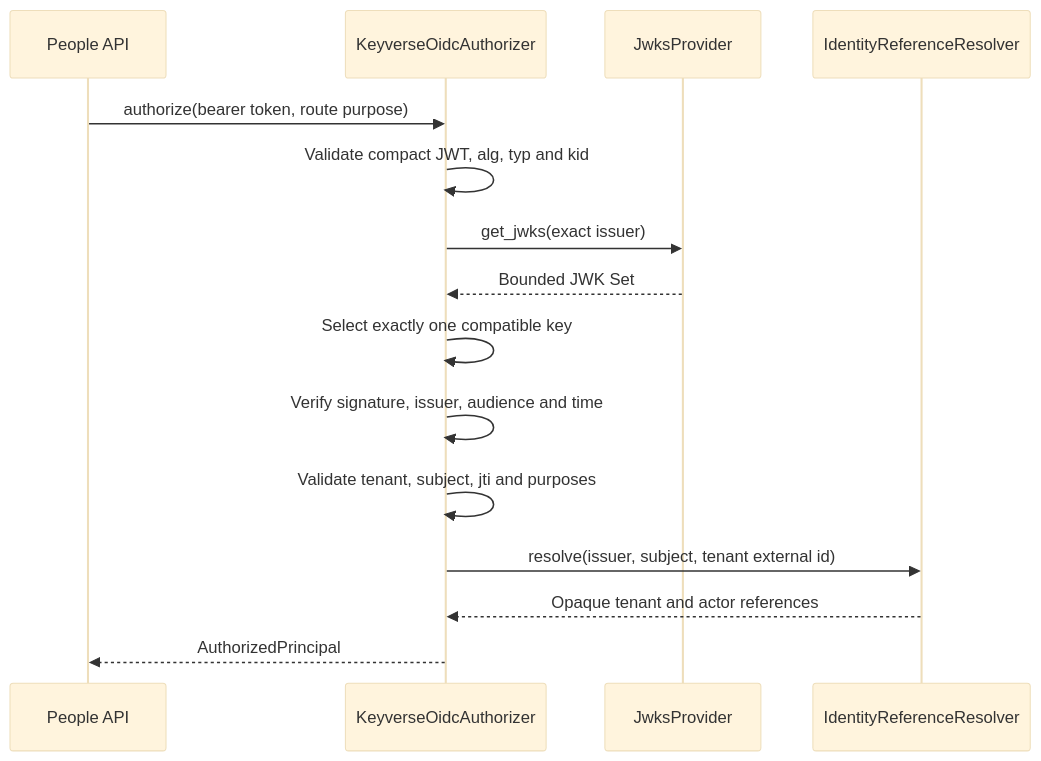
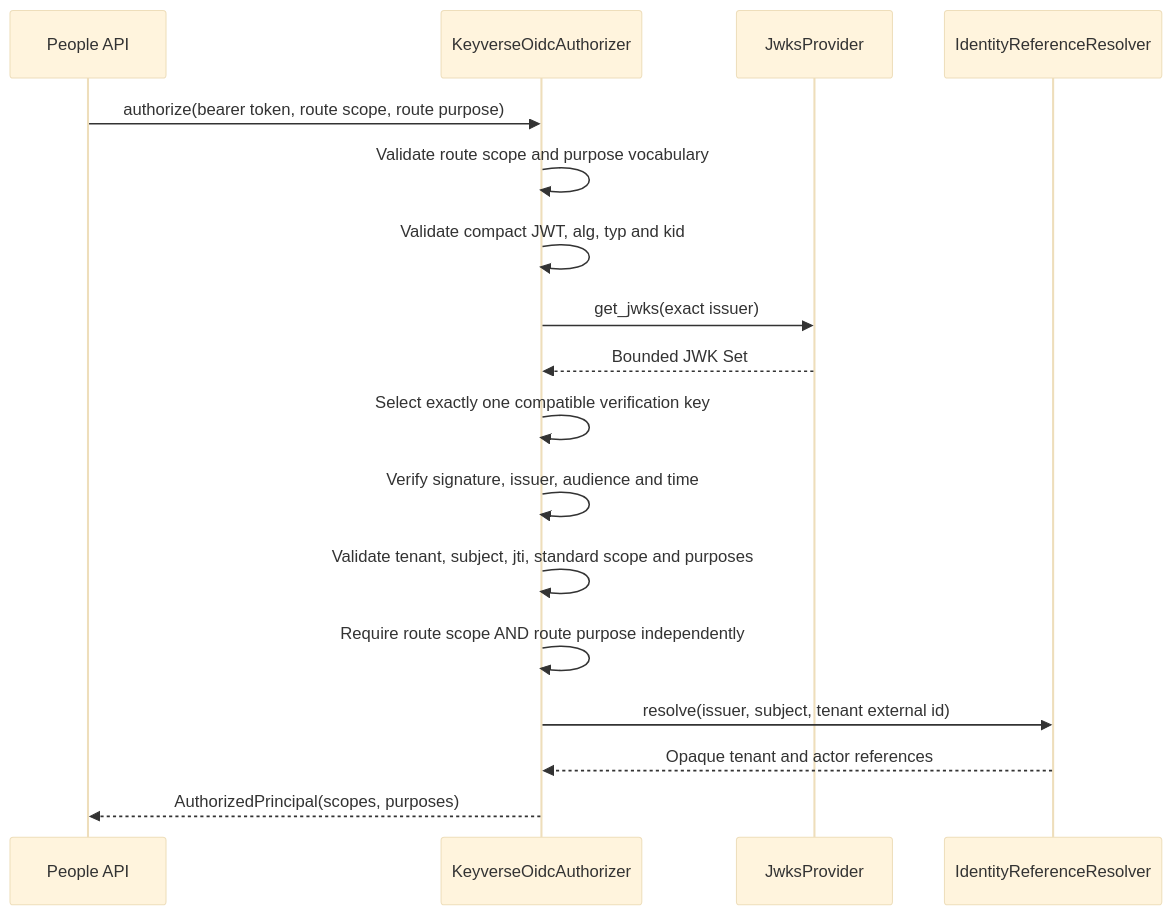
The second of 3 diagrams in docs/UML_KEYVERSE_AUTH.md (ContextualWisdomLab/Orgmetra), drawn with Mermaid (base theme) before and after one commit. The commit also changed other lines of this file, not shown here.

Commit message:
docs: show independent scope and purpose authorization

````diff
--- a/docs/UML_KEYVERSE_AUTH.md
+++ b/docs/UML_KEYVERSE_AUTH.md
@@ -18,18 +19,20 @@
 ```mermaid
 sequenceDiagram
     participant API as People API
     participant Auth as KeyverseOidcAuthorizer
     participant Keys as JwksProvider
     participant Resolver as IdentityReferenceResolver
 
-    API->>Auth: authorize(bearer token, route purpose)
+    API->>Auth: authorize(bearer token, route scope, route purpose)
+    Auth->>Auth: Validate route scope and purpose vocabulary
     Auth->>Auth: Validate compact JWT, alg, typ and kid
     Auth->>Keys: get_jwks(exact issuer)
     Keys-->>Auth: Bounded JWK Set
-    Auth->>Auth: Select exactly one compatible key
+    Auth->>Auth: Select exactly one compatible verification key
     Auth->>Auth: Verify signature, issuer, audience and time
-    Auth->>Auth: Validate tenant, subject, jti and purposes
+    Auth->>Auth: Validate tenant, subject, jti, standard scope and purposes
+    Auth->>Auth: Require route scope AND route purpose independently
     Auth->>Resolver: resolve(issuer, subject, tenant external id)
     Resolver-->>Auth: Opaque tenant and actor references
-    Auth-->>API: AuthorizedPrincipal
+    Auth-->>API: AuthorizedPrincipal(scopes, purposes)
 ```
````
